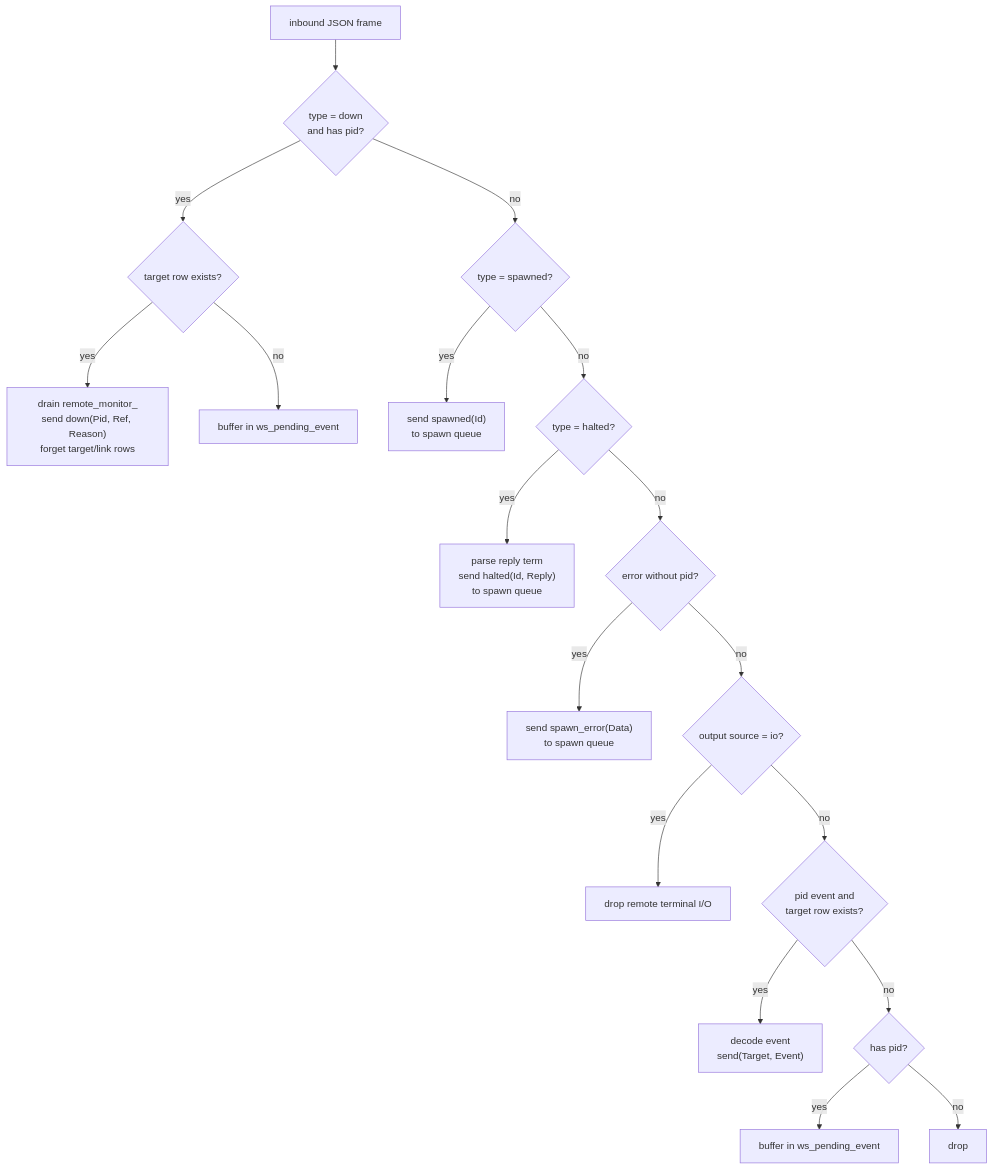
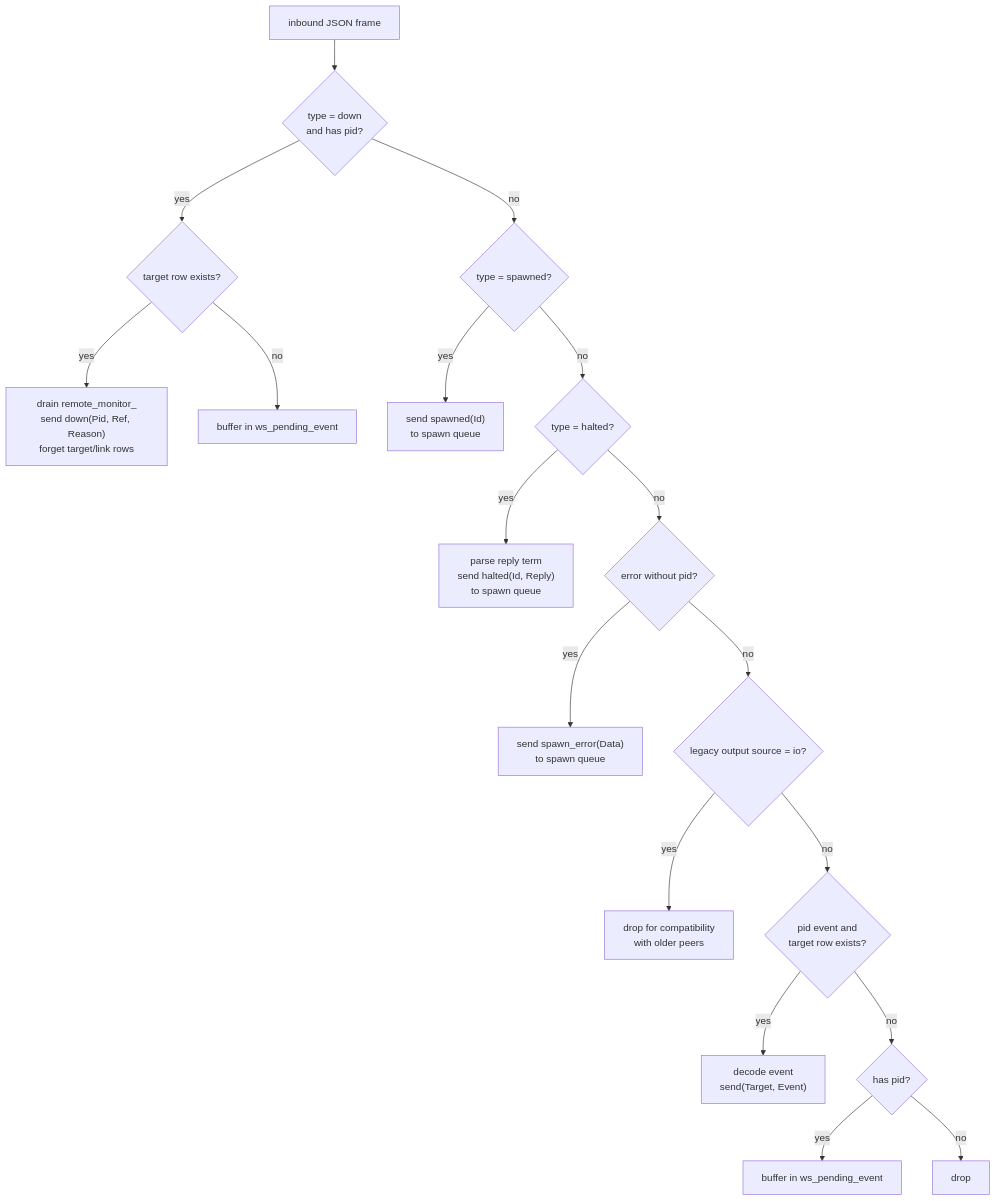
Before and after one commit to torbjornlager/trinity-demonstrator: the third of 3 diagrams in docs/CROSS_NODE_ARCHITECTURE.md, drawn with Mermaid. The commit also changed other lines of this file and 23 other files, not shown here.

````diff
--- a/docs/CROSS_NODE_ARCHITECTURE.md
+++ b/docs/CROSS_NODE_ARCHITECTURE.md
@@ -770,20 +771,20 @@
 ```mermaid
 flowchart TD
     Frame["inbound JSON frame"] --> Down{"type = down<br/>and has pid?"}
     Down -- yes --> ReadyForDown{"target row exists?"}
     ReadyForDown -- yes --> DeliverDown["drain remote_monitor_<br/>send down(Pid, Ref, Reason)<br/>forget target/link rows"]
     ReadyForDown -- no --> BufferDown["buffer in ws_pending_event"]
     Down -- no --> Spawned{"type = spawned?"}
     Spawned -- yes --> SpawnQ["send spawned(Id)<br/>to spawn queue"]
     Spawned -- no --> Halted{"type = halted?"}
     Halted -- yes --> HaltQ["parse reply term<br/>send halted(Id, Reply)<br/>to spawn queue"]
     Halted -- no --> SpawnError{"error without pid?"}
     SpawnError -- yes --> ErrorQ["send spawn_error(Data)<br/>to spawn queue"]
-    SpawnError -- no --> IO{"output source = io?"}
-    IO -- yes --> DropIO["drop remote terminal I/O"]
+    SpawnError -- no --> IO{"legacy output source = io?"}
+    IO -- yes --> DropIO["drop for compatibility<br/>with older peers"]
     IO -- no --> Target{"pid event and<br/>target row exists?"}
     Target -- yes --> Forward["decode event<br/>send(Target, Event)"]
     Target -- no --> HasPid{"has pid?"}
     HasPid -- yes --> BufferEvent["buffer in ws_pending_event"]
     HasPid -- no --> Drop["drop"]
 ```
````
